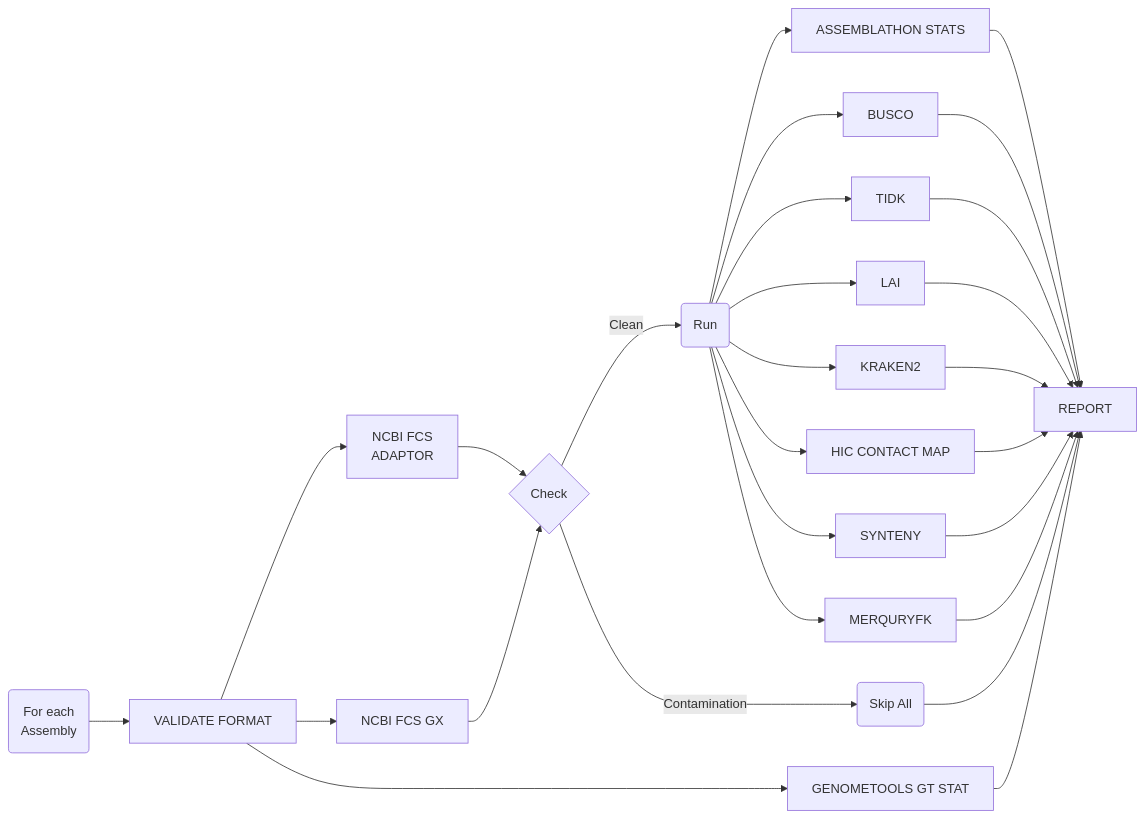
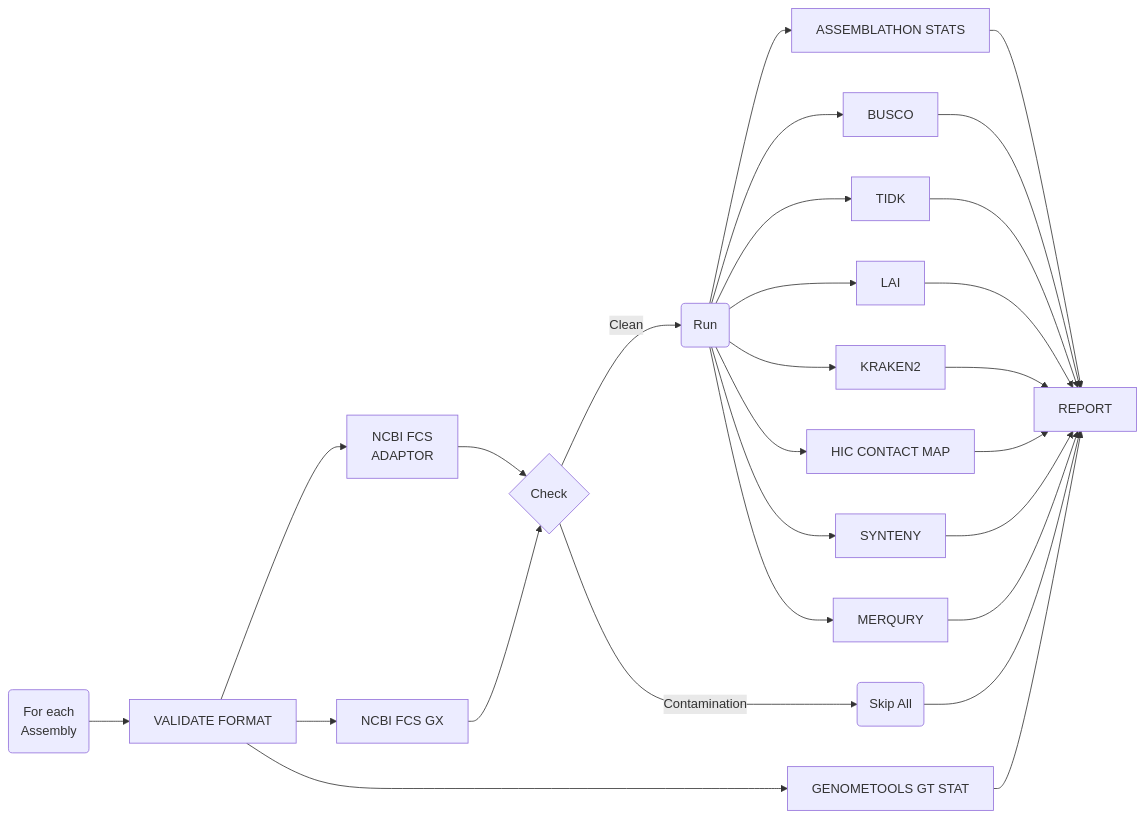
The diagram in README.md (Plant-Food-Research-Open/assemblyqc), drawn with Mermaid before and after one commit. The commit also changed other lines of this file and 70 other files, not shown here.

````diff
--- a/README.md
+++ b/README.md
@@ -17,35 +17,35 @@
 ```mermaid
 flowchart LR
   forEachTag(For each\nAssembly) --> VALIDATE_FORMAT[VALIDATE FORMAT]
 
   VALIDATE_FORMAT --> ncbiFCS[NCBI FCS\nADAPTOR]
   ncbiFCS --> Check{Check}
 
   VALIDATE_FORMAT --> ncbiGX[NCBI FCS GX]
   ncbiGX --> Check
   Check --> |Clean|Run(Run)
 
   Check --> |Contamination|Skip(Skip All)
   Skip --> REPORT
 
   VALIDATE_FORMAT --> GFF_STATS[GENOMETOOLS GT STAT]
 
   Run --> ASS_STATS[ASSEMBLATHON STATS]
   Run --> BUSCO
   Run --> TIDK
   Run --> LAI
   Run --> KRAKEN2
   Run --> HIC_CONTACT_MAP[HIC CONTACT MAP]
   Run --> SYNTENY
-  Run --> MERQURYFK
+  Run --> MERQURY
 
   ASS_STATS --> REPORT
   GFF_STATS --> REPORT
   BUSCO --> REPORT
   TIDK --> REPORT
   LAI --> REPORT
   KRAKEN2 --> REPORT
   HIC_CONTACT_MAP --> REPORT
   SYNTENY --> REPORT
-  MERQURYFK --> REPORT
+  MERQURY --> REPORT
 ```
````
